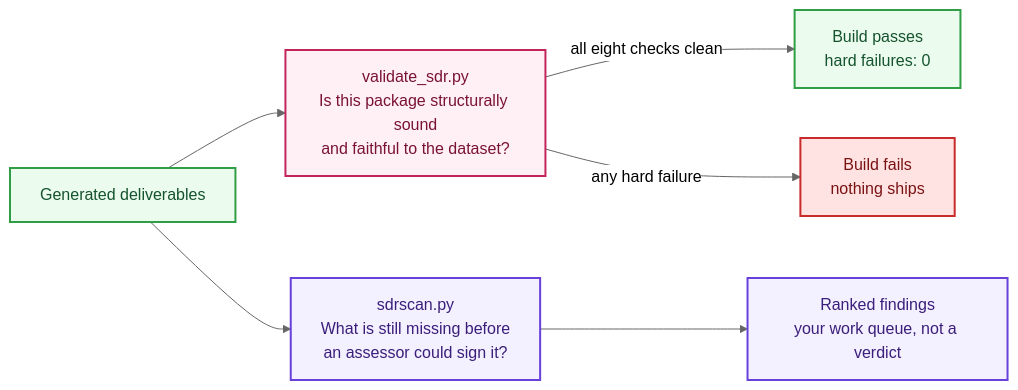
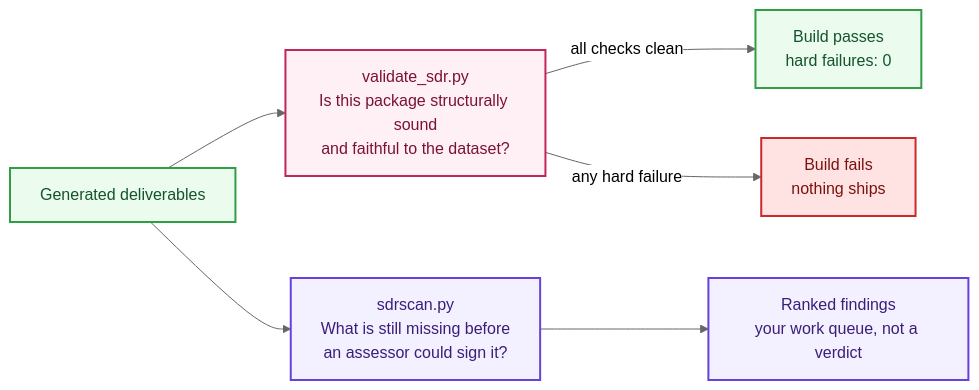
The diagram in docs/validation.md (satishuv/FEDRAMP-20x-SDR-Documentation), drawn with Mermaid (neutral theme) before and after one commit. The commit also changed other lines of this file and 8 other files, not shown here.

````diff
--- a/docs/validation.md
+++ b/docs/validation.md
@@ -5,24 +5,24 @@
 ```mermaid
 flowchart LR
     OUT["Generated deliverables"]
     GATE["validate_sdr.py<br/>Is this package structurally sound<br/>and faithful to the dataset?"]
     SCAN["sdrscan.py<br/>What is still missing before<br/>an assessor could sign it?"]
     SHIP["Build passes<br/>hard failures: 0"]
     STOP["Build fails<br/>nothing ships"]
     LIST["Ranked findings<br/>your work queue, not a verdict"]
 
     OUT --> GATE
     OUT --> SCAN
-    GATE -->|all eight checks clean| SHIP
+    GATE -->|all checks clean| SHIP
     GATE -->|any hard failure| STOP
     SCAN --> LIST
 
     classDef out fill:#ebfbee,stroke:#2f9e44,stroke-width:2px,color:#14532d
     classDef gate fill:#fff0f6,stroke:#c2255c,stroke-width:2px,color:#7a1236
     classDef scan fill:#f3f0ff,stroke:#6741d9,stroke-width:2px,color:#3b1e7a
     classDef stop fill:#ffe3e3,stroke:#c92a2a,stroke-width:2px,color:#7a1212
     class OUT,SHIP out
     class GATE gate
     class SCAN,LIST scan
     class STOP stop
 ```
````
